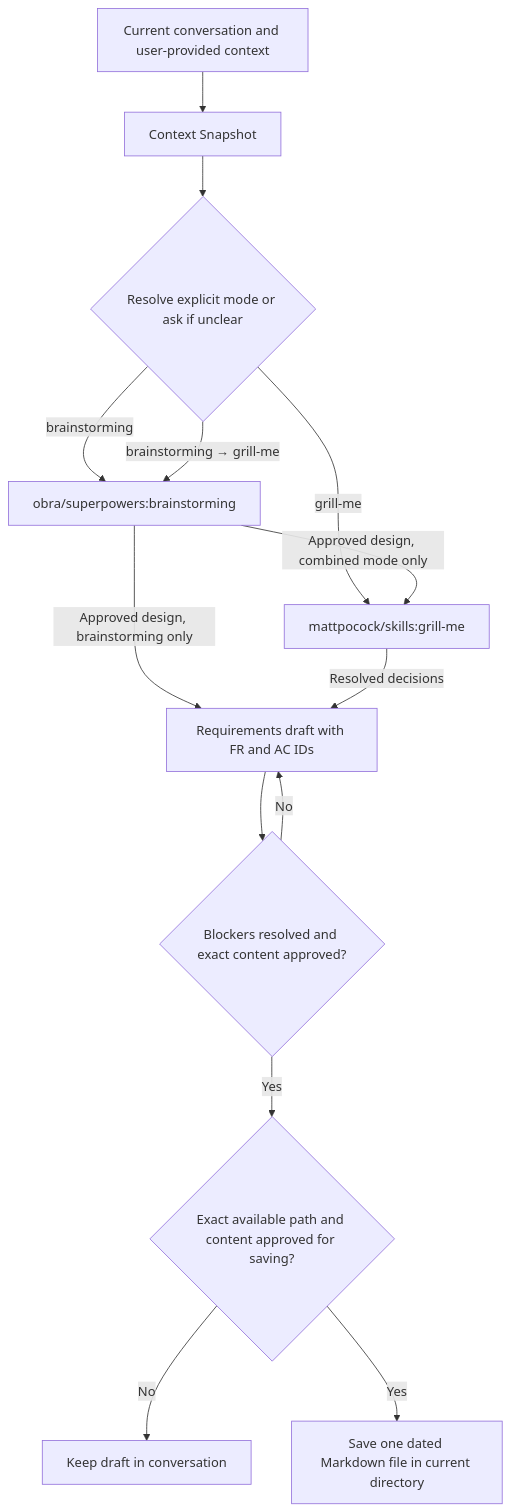
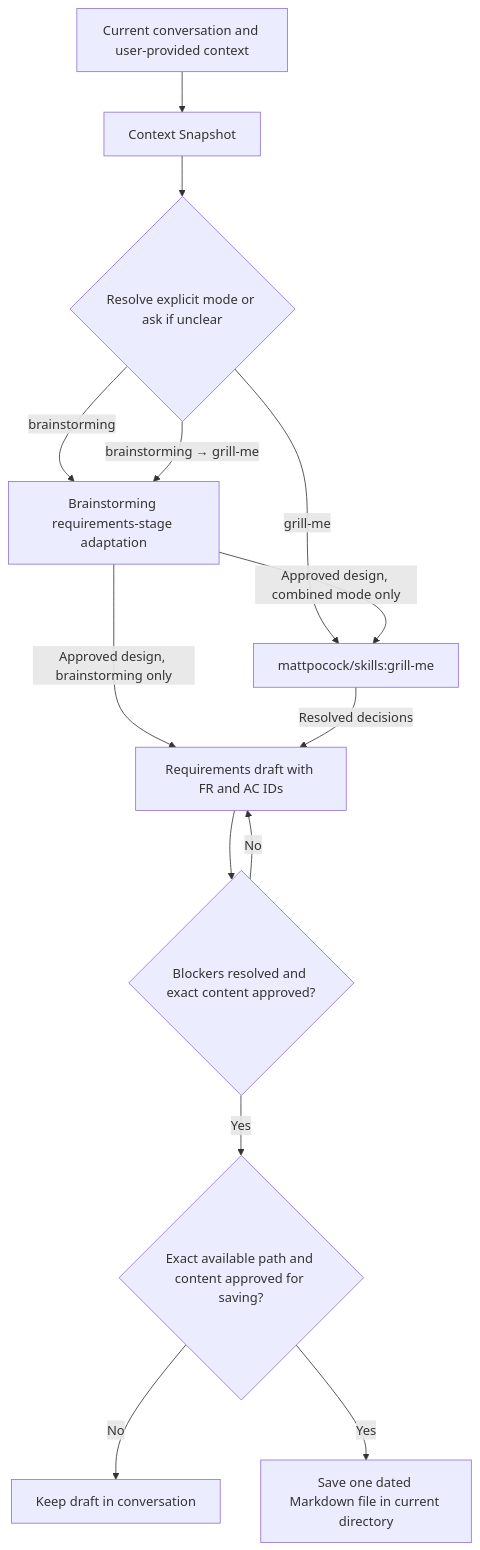
Before and after one commit to haoyuqi/engineering-agent-skills: the diagram in skills/requirements-clarification/README.md, drawn with Mermaid. The commit also changed other lines of this file and 11 other files, not shown here.

First line of the commit message:
fix: define brainstorming requirements handoff (#16)

````diff
--- a/skills/requirements-clarification/README.md
+++ b/skills/requirements-clarification/README.md
@@ -33,16 +33,16 @@
 ```mermaid
 flowchart TD
     A[Current conversation and user-provided context] --> B[Context Snapshot]
     B --> C{Resolve explicit mode or ask if unclear}
-    C -->|brainstorming| D[obra/superpowers:brainstorming]
+    C -->|brainstorming| D[Brainstorming requirements-stage adaptation]
     C -->|grill-me| E[mattpocock/skills:grill-me]
     C -->|brainstorming → grill-me| D
     D -->|Approved design, combined mode only| E
     D -->|Approved design, brainstorming only| F
     E -->|Resolved decisions| F[Requirements draft with FR and AC IDs]
     F --> G{Blockers resolved and exact content approved?}
     G -->|No| F
     G -->|Yes| H{Exact available path and content approved for saving?}
     H -->|No| I[Keep draft in conversation]
     H -->|Yes| J[Save one dated Markdown file in current directory]
 ```
````
